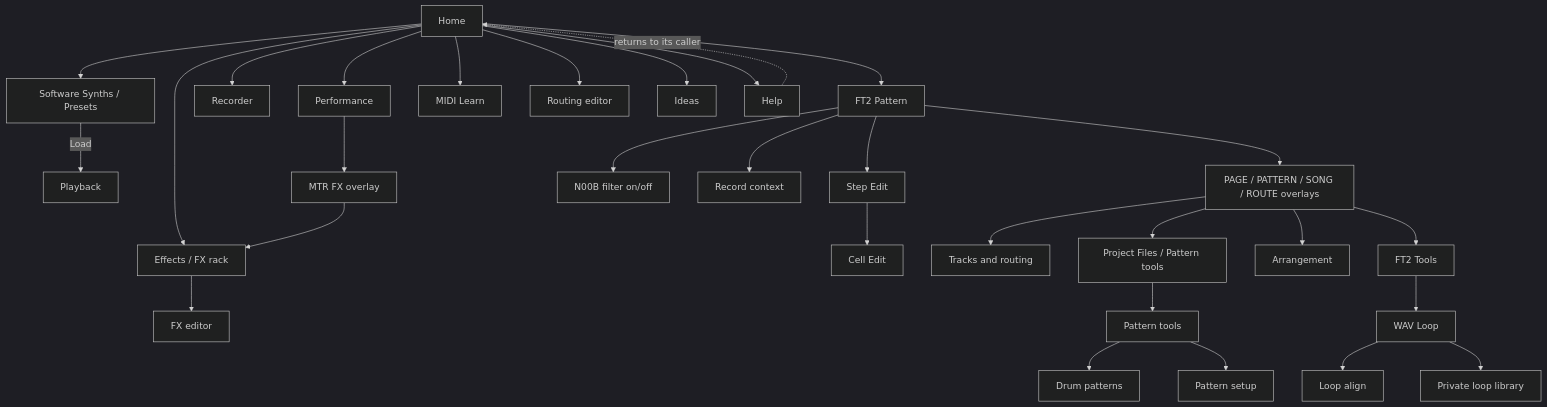
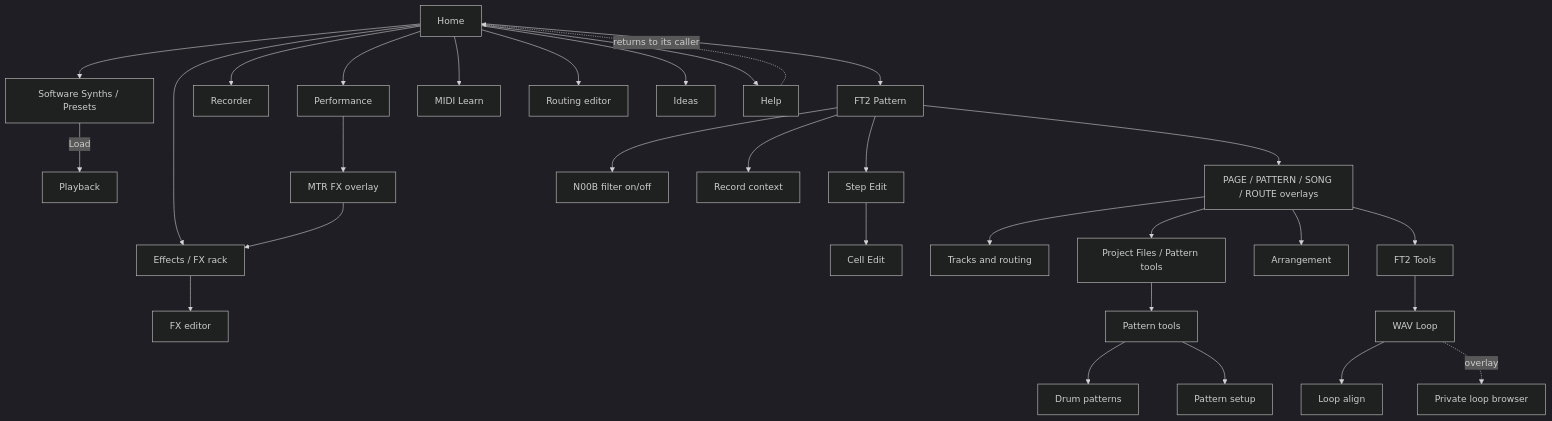
One commit to PaolaShultz/shr-daw changed the diagram in docs/MENU_MANUAL.md. Above: the diagram before and after it, drawn with Mermaid (dark theme). The commit also changed 9 other files, not shown here.

````diff
--- a/docs/MENU_MANUAL.md
+++ b/docs/MENU_MANUAL.md
@@ -69,32 +69,32 @@
 ```mermaid
 flowchart TD
     H0[Home] --> P[Software Synths / Presets]
     H0 --> T[FT2 Pattern]
     H0 --> A[Recorder]
     H0 --> M[Performance]
     H0 --> ML[MIDI Learn]
     H0 --> RTE[Routing editor]
     H0 --> FX[Effects / FX rack]
     H0 --> I[Ideas]
     H0 --> H[Help]
     P -->|Load| PB[Playback]
     M --> MO[MTR FX overlay]
     MO --> FX
     FX --> FE[FX editor]
     T --> ON[PAGE / PATTERN / SONG / ROUTE overlays]
     T --> N[N00B filter on/off]
     T --> R[Record context]
     T --> E[Step Edit]
     E --> CE[Cell Edit]
     ON --> TR[Tracks and routing]
     ON --> F[Project Files / Pattern tools]
     ON --> AR[Arrangement]
     ON --> TT[FT2 Tools]
     TT --> L[WAV Loop]
     F --> PT[Pattern tools]
     PT --> D[Drum patterns]
     PT --> PS[Pattern setup]
     L --> LA[Loop align]
-    L --> LL[Private loop library]
+    L -. overlay .-> LL[Private loop browser]
     H -. returns to its caller .-> H0
 ```
````
